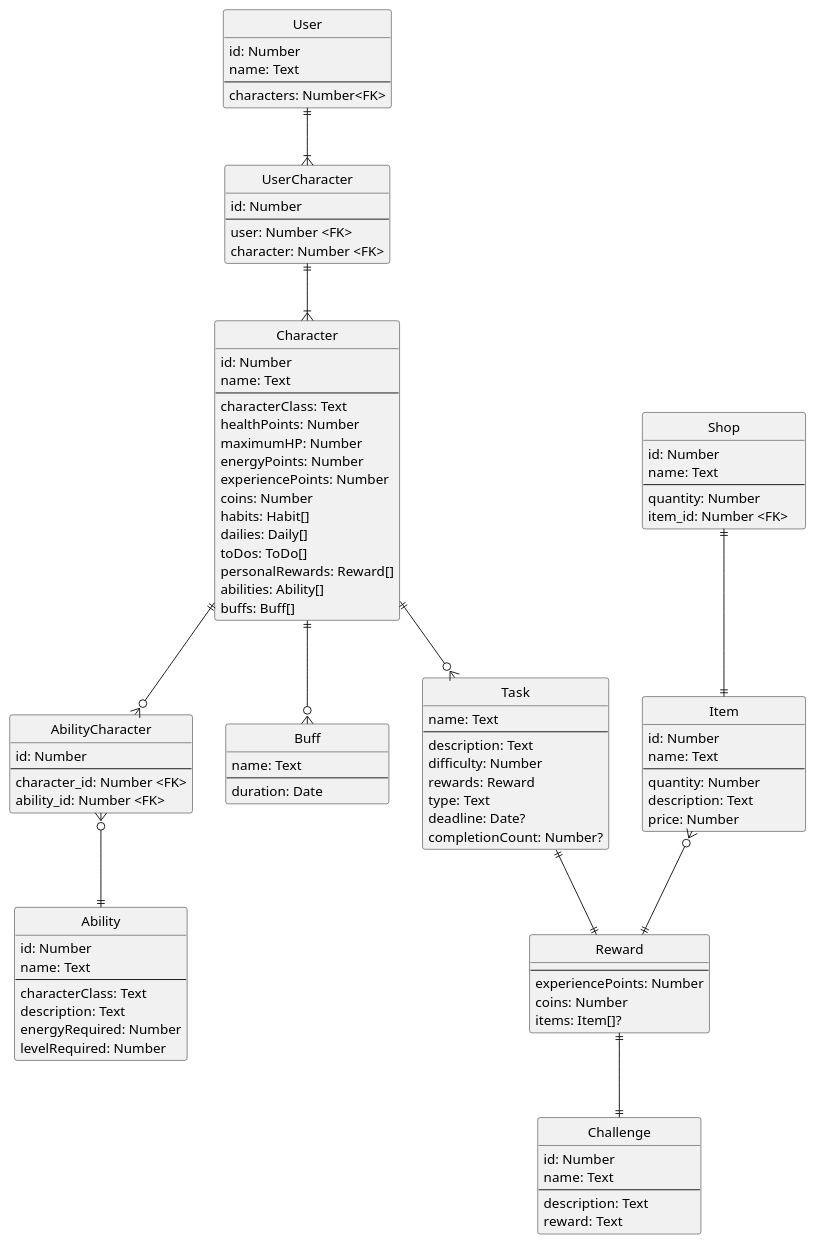
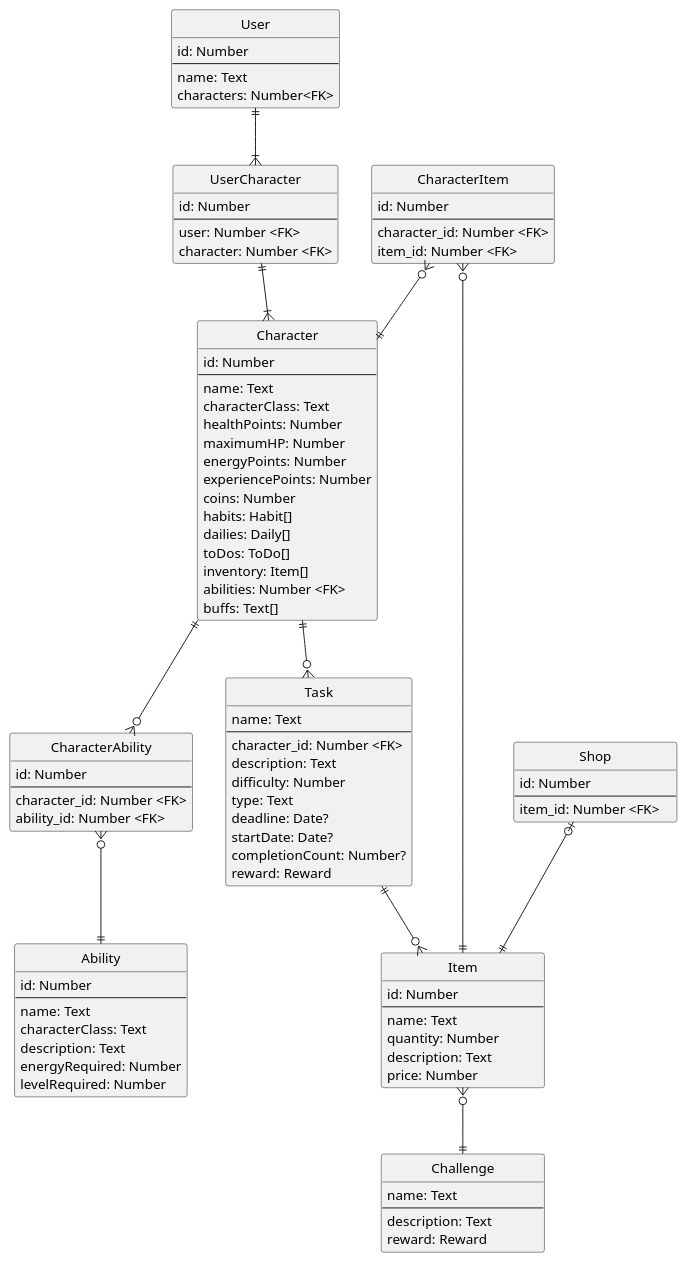
One commit to mementomorri/habit_tracker changed the diagram in diagrams/er.puml. Above: the diagram before and after it, drawn with PlantUML. The commit also changed 43 other files, not shown here.

```diff
--- a/diagrams/er.puml
+++ b/diagrams/er.puml
@@ -1,115 +1,109 @@
 @startuml er
 
     hide circle
     skinparam minClassWidth 170
 
     Entity User{
         id: Number
+        ---
         name: Text
-        ---
         characters: Number<FK>
     }
 
     Entity UserCharacter{
         id: Number
         ---
         user: Number <FK>
         character: Number <FK>
     }
 
    Entity Character{
        id: Number
+       ---
        name: Text
-       ---
        characterClass: Text
        healthPoints: Number
        maximumHP: Number
        energyPoints: Number
        experiencePoints: Number
        coins: Number
        habits: Habit[]
        dailies: Daily[]
        toDos: ToDo[]
-       personalRewards: Reward[]
-       abilities: Ability[]
-       buffs: Buff[]
+       inventory: Item[]
+       abilities: Number <FK>
+       buffs: Text[]
    }
 
     Entity Ability{
         id: Number
+        ---
         name: Text
-        ---
         characterClass: Text
         description: Text
         energyRequired: Number
         levelRequired: Number
     }
 
-    Entity AbilityCharacter{
+    Entity CharacterAbility{
         id: Number
         ---
         character_id: Number <FK>
         ability_id: Number <FK>
     }
 
     Entity Challenge{
-        id: Number
         name: Text
         ---
         description: Text
-        reward: Text
-    }
-
-    Entity Buff{
-        name: Text
-        ---
-        duration: Date
+        reward: Reward
     }
 
     Entity Task{
         name: Text
         ---
+        character_id: Number <FK>
         description: Text
         difficulty: Number
-        rewards: Reward
         type: Text
         deadline: Date?
+        startDate: Date?
         completionCount: Number?
-    }
-
-    Entity Reward{
-        ---
-        experiencePoints: Number
-        coins: Number
-        items: Item[]?
+        reward: Reward
     }
 
     Entity Item{
         id: Number
+        ---
         name: Text
-        ---
         quantity: Number
         description: Text
         price: Number
     }
 
+    Entity CharacterItem{
+        id: Number
+        ---
+        character_id: Number <FK>
+        item_id: Number <FK>
+    }
+
     Entity Shop{
         id: Number
-        name: Text
         ---
-        quantity: Number
         item_id: Number <FK>
     }
 
 User ||--|{ UserCharacter
 UserCharacter ||--|{ Character
-Character ||--o{ AbilityCharacter
-AbilityCharacter }o--|| Ability
-Reward ||--|| Challenge
-Character ||--o{ Buff
+Character ||--o{ CharacterAbility
+CharacterAbility }o--|| Ability
+Item }o--|| Challenge
 Character ||--o{ Task
-Task ||--|| Reward
-Item }o--|| Reward
-Shop ||--|| Item
+Task ||--o{ Item
+Shop |o--|| Item
+CharacterItem }o--|| Character
+CharacterItem }o--|| Item
+
 
 @enduml
```
